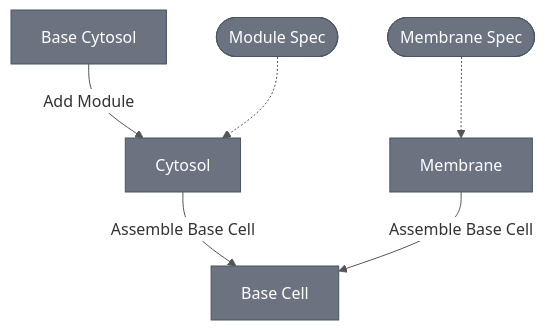
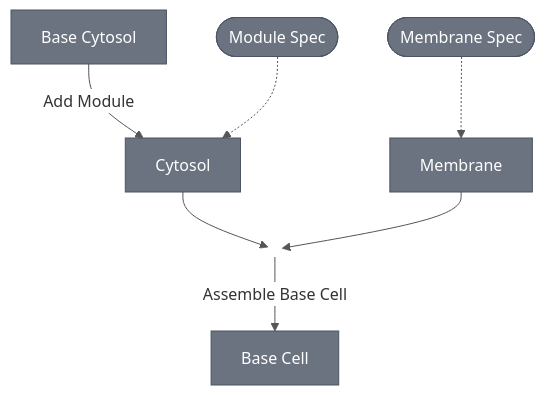
Before and after one commit to nucleus-eng/nucleus-docs: the first of 2 diagrams in docs/processes/processes-main.md, drawn with Mermaid. The commit also changed other lines of this file, not shown here.

Commit message:
copy edits on the mermaid diagrams in process-main.md; updates links to point to correct pages

````diff
--- a/docs/processes/processes-main.md
+++ b/docs/processes/processes-main.md
@@ -13,20 +13,22 @@
 ```{mermaid}
 %%{init: {'theme': 'base', 'themeVariables': {'lineColor': '#555555', 'edgeLabelBackground': '#ffffff'}}}%%
 flowchart TB
     BaseCytosol["Base Cytosol"] -->|"Add Module"| Cytosol["Cytosol"]
     ModSpec(["Module Spec"]) -.-> Cytosol
-    Cytosol & Membrane["Membrane"] -->|"Assemble Base Cell"| BaseCell["Base Cell"]
+    Cytosol & Membrane["Membrane"] --> J(( ))
+    J --> |"Assemble Base Cell"| BaseCell["Base Cell"]
     MemSpec(["Membrane Spec"]) -.-> Membrane
 
     style BaseCytosol fill:#6B7280,color:#ffffff,stroke:#4B5563
     style Cytosol fill:#6B7280,color:#ffffff,stroke:#4B5563
     style Membrane fill:#6B7280,color:#ffffff,stroke:#4B5563
     style BaseCell fill:#6B7280,color:#ffffff,stroke:#4B5563
     style ModSpec fill:#6B7280,color:#ffffff,stroke:#4B5563
     style MemSpec fill:#6B7280,color:#ffffff,stroke:#4B5563
+    style J fill:none,stroke:none
 
-    click BaseCytosol "./assemble-base-cytosol/main"
+    click BaseCytosol "../modules/base-cytosol/spec"
     click BaseCell "./assemble-base-cell/main"
     click ModSpec "../modules/modules-main"
-    click MemSpec "../modules/modules-main"
+    click MemSpec "../modules/membrane-popc-chol/spec"
 ```
````
